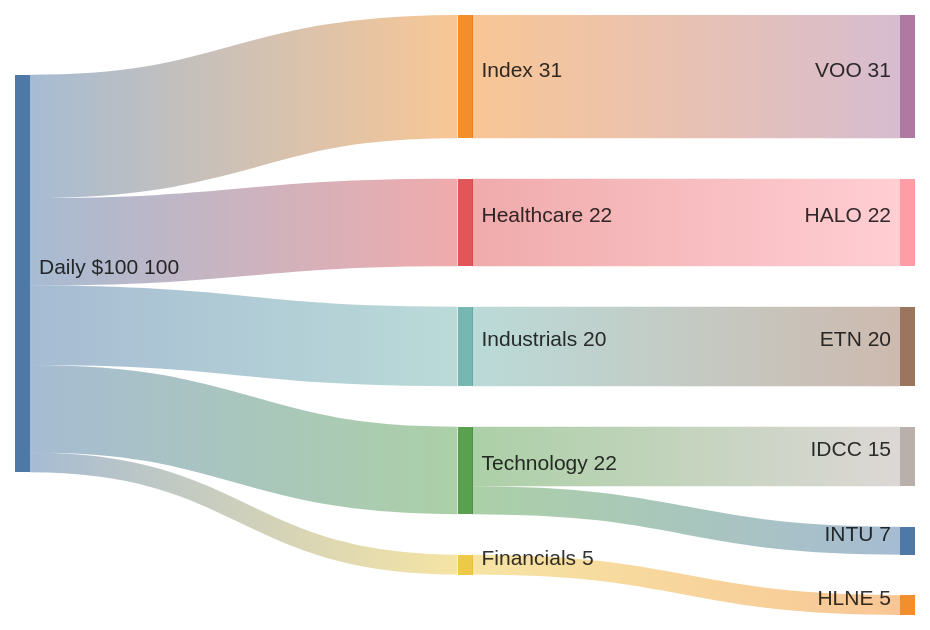
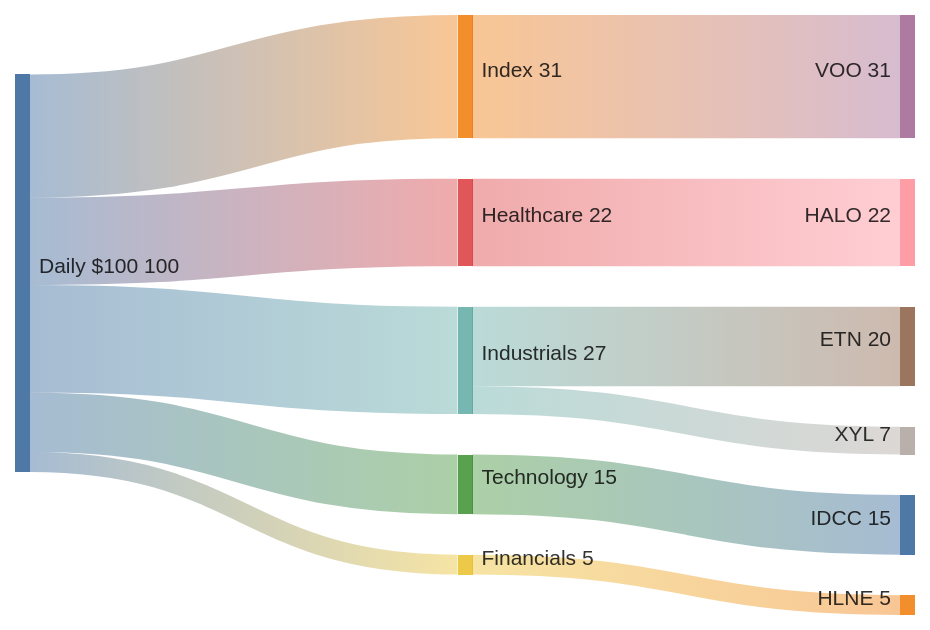
The diagram in portfolio/dashboards/dca-flow.md (CynicDog/investment-journal), drawn with Mermaid before and after one commit.

Commit message:
chore(dashboards): regenerate from 9a11335

````diff
--- a/portfolio/dashboards/dca-flow.md
+++ b/portfolio/dashboards/dca-flow.md
@@ -5,19 +5,19 @@
 ```mermaid
 ---
 config:
   sankey:
     showValues: true
 ---
 sankey-beta
 Daily $100,Index,31
 Daily $100,Healthcare,22
-Daily $100,Industrials,20
-Daily $100,Technology,22
+Daily $100,Industrials,27
+Daily $100,Technology,15
 Daily $100,Financials,5
 Index,VOO,31
 Healthcare,HALO,22
 Industrials,ETN,20
+Industrials,XYL,7
 Technology,IDCC,15
-Technology,INTU,7
 Financials,HLNE,5
 ```
````
